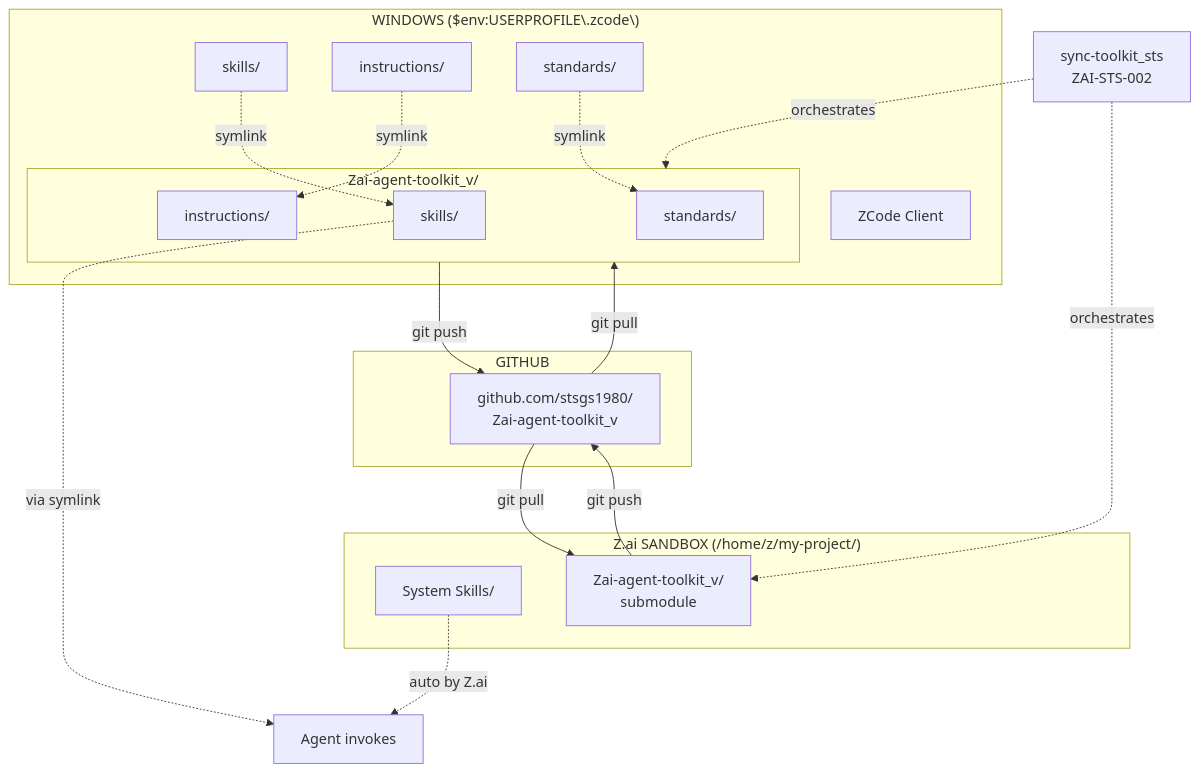
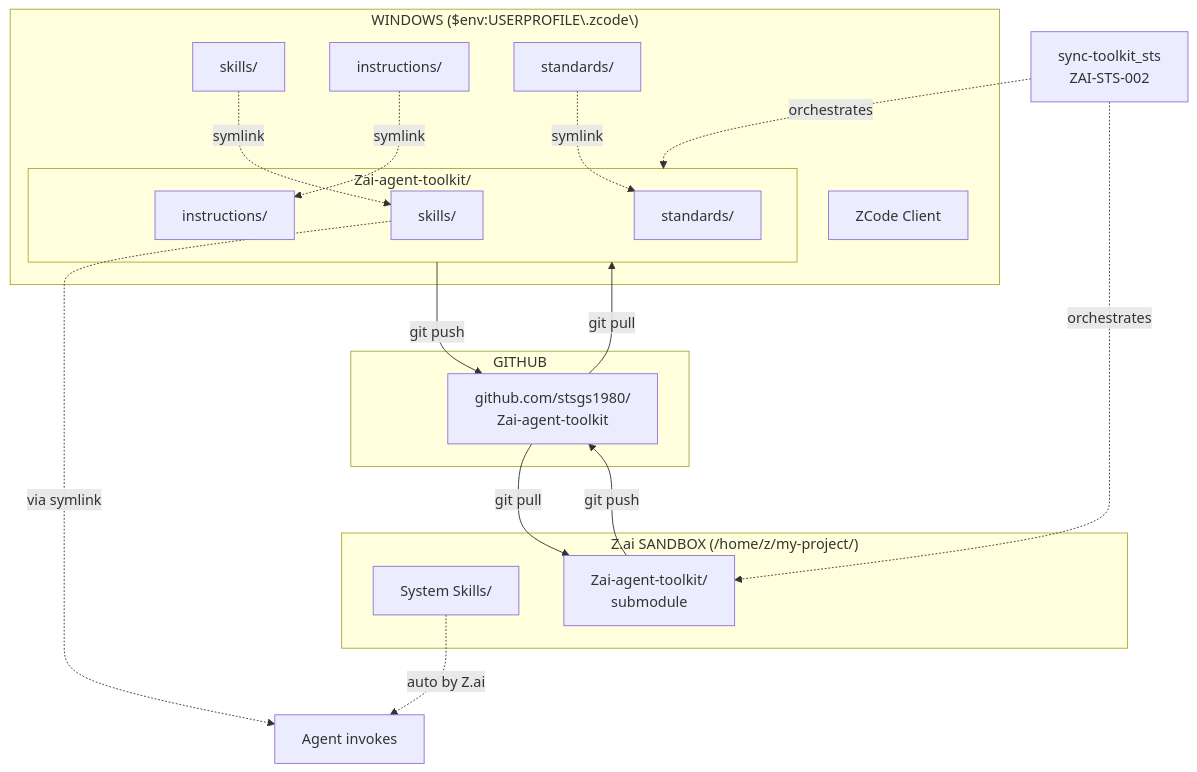
Before and after one commit to stsgs1980/Zai-agent-toolkit: the seventh of 7 diagrams in docs/SKILL_PROCESSES.md, drawn with Mermaid. The commit also changed other lines of this file and 14 other files, not shown here.

First line of the commit message:
rollback: Zai-agent-toolkit_v → Zai-agent-toolkit

````diff
--- a/docs/SKILL_PROCESSES.md
+++ b/docs/SKILL_PROCESSES.md
@@ -291,43 +291,43 @@
 ```mermaid
 flowchart TB
     subgraph Windows["WINDOWS ($env:USERPROFILE\.zcode\)"]
         A[ZCode Client]
         B[skills/]
         C[instructions/]
         D[standards/]
 
         B -.->|symlink| E
         C -.->|symlink| F
         D -.->|symlink| G
 
-        subgraph LocalToolkit["Zai-agent-toolkit_v/"]
+        subgraph LocalToolkit["Zai-agent-toolkit/"]
             E[skills/]
             F[instructions/]
             G[standards/]
         end
     end
 
     subgraph GitHub["GITHUB"]
-        H[github.com/stsgs1980/<br>Zai-agent-toolkit_v]
+        H[github.com/stsgs1980/<br>Zai-agent-toolkit]
     end
 
     subgraph Sandbox["Z.ai SANDBOX (/home/z/my-project/)"]
         I[System Skills/]
-        J[Zai-agent-toolkit_v/<br>submodule]
+        J[Zai-agent-toolkit/<br>submodule]
     end
 
     %% Sync flows
     LocalToolkit -->|"git push"| H
     H -->|"git pull"| LocalToolkit
 
     J -->|"git push"| H
     H -->|"git pull"| J
 
     I -.->|"auto by Z.ai"| K[Agent invokes]
     E -.->|"via symlink"| K
 
     %% Labels
     L[sync-toolkit_sts<br>ZAI-STS-002]
     L -.->|orchestrates| LocalToolkit
     L -.->|orchestrates| J
 ```
````
